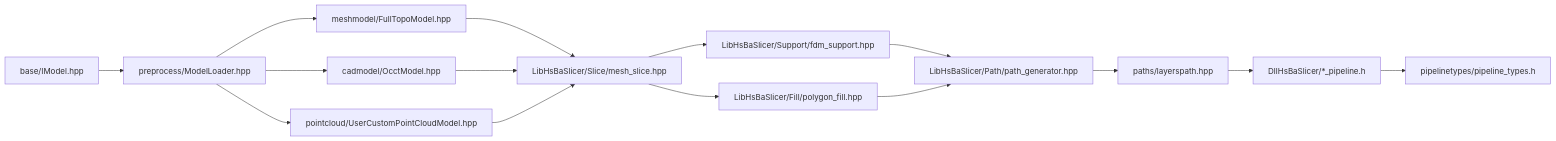
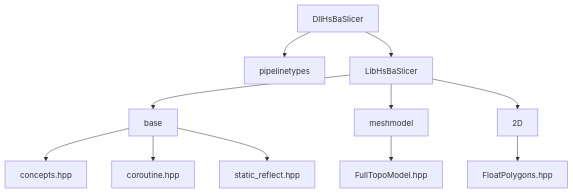
One commit to hsmbanlance/HsBaSlicer changed the ninth of 9 diagrams in .qoder/repowiki/en/content/Core Concepts.md. Above: the diagram before and after it, drawn with Mermaid. The commit also changed other lines of this file and 1095 other files, not shown here.

````diff
--- a/.qoder/repowiki/en/content/Core Concepts.md
+++ b/.qoder/repowiki/en/content/Core Concepts.md
@@ -551,17 +432,13 @@
 ```mermaid
-graph LR
-Base["base/IModel.hpp"] --> Preprocess["preprocess/ModelLoader.hpp"]
-Preprocess --> Mesh["meshmodel/FullTopoModel.hpp"]
-Preprocess --> Cad["cadmodel/OcctModel.hpp"]
-Preprocess --> Cloud["pointcloud/UserCustomPointCloudModel.hpp"]
-Mesh --> Slice["LibHsBaSlicer/Slice/mesh_slice.hpp"]
-Cad --> Slice
-Cloud --> Slice
-Slice --> Support["LibHsBaSlicer/Support/fdm_support.hpp"]
-Slice --> Fill["LibHsBaSlicer/Fill/polygon_fill.hpp"]
-Support --> Path["LibHsBaSlicer/Path/path_generator.hpp"]
-Fill --> Path
-Path --> Layers["paths/layerspath.hpp"]
-Layers --> Pipelines["DllHsBaSlicer/*_pipeline.h"]
-Pipelines --> Types["pipelinetypes/pipeline_types.h"]
+graph TB
+Dll["DllHsBaSlicer"] --> Types["pipelinetypes"]
+Dll --> Lib["LibHsBaSlicer"]
+Lib --> Base["base"]
+Lib --> Mesh["meshmodel"]
+Lib --> TwoD["2D"]
+Base --> Concepts["concepts.hpp"]
+Base --> Coroutine["coroutine.hpp"]
+Base --> Reflect["static_reflect.hpp"]
+Mesh --> Topo["FullTopoModel.hpp"]
+TwoD --> Poly["FloatPolygons.hpp"]
 ```
````
